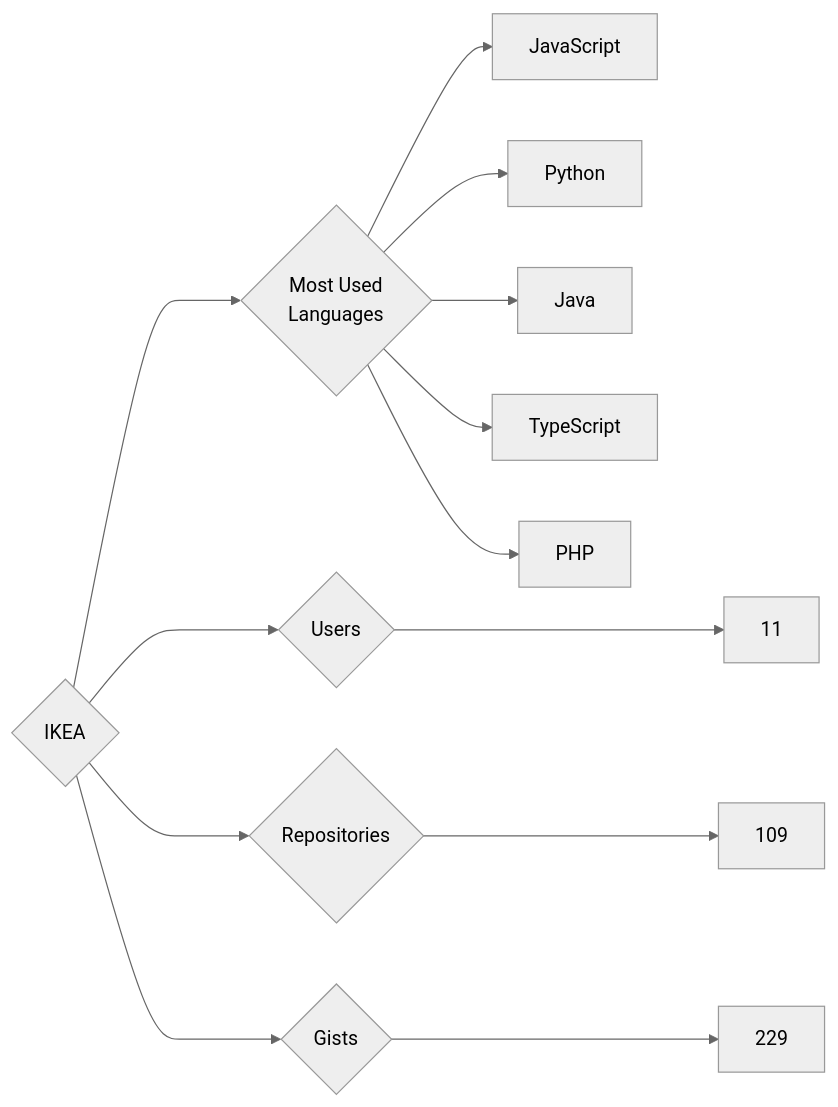
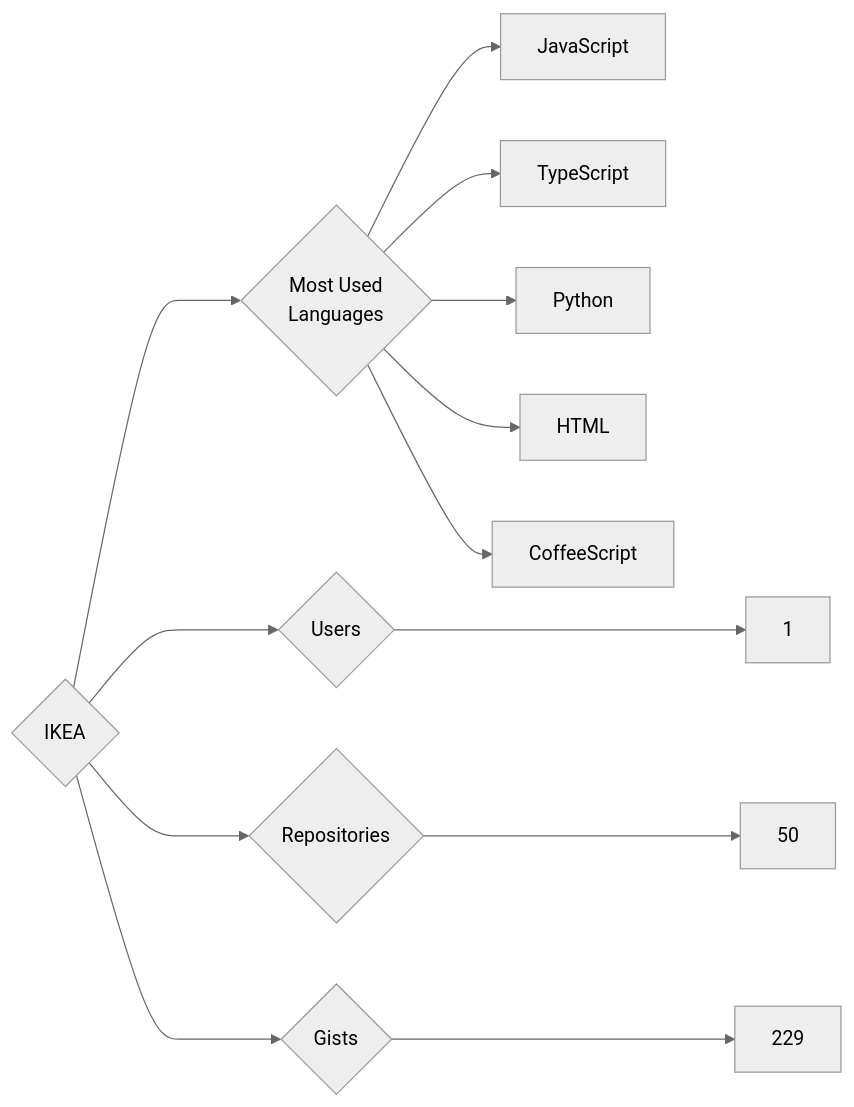
Before and after one commit to trickest/insiders: the diagram in targets/IKEA/README.md, drawn with Mermaid (neutral theme). The commit also changed 639 other files, not shown here.

````diff
--- a/targets/IKEA/README.md
+++ b/targets/IKEA/README.md
@@ -3,13 +3,13 @@
 ```mermaid
 graph LR
 COMPANY_NAME{IKEA}
-COMPANY_NAME ---> U{Users} ---> UN[11]
-COMPANY_NAME ---> R{Repositories} ---> RN[109]
+COMPANY_NAME ---> U{Users} ---> UN[1]
+COMPANY_NAME ---> R{Repositories} ---> RN[50]
 COMPANY_NAME ---> G{Gists} ---> GN[229]
 COMPANY_NAME ---> ML{Most Used<br>Languages}
 ML --> JavaScript[JavaScript]
+ML --> TypeScript[TypeScript]
 ML --> Python[Python]
-ML --> Java[Java]
-ML --> TypeScript[TypeScript]
-ML --> PHP[PHP]
+ML --> HTML[HTML]
+ML --> CoffeeScript[CoffeeScript]
 ```
````
